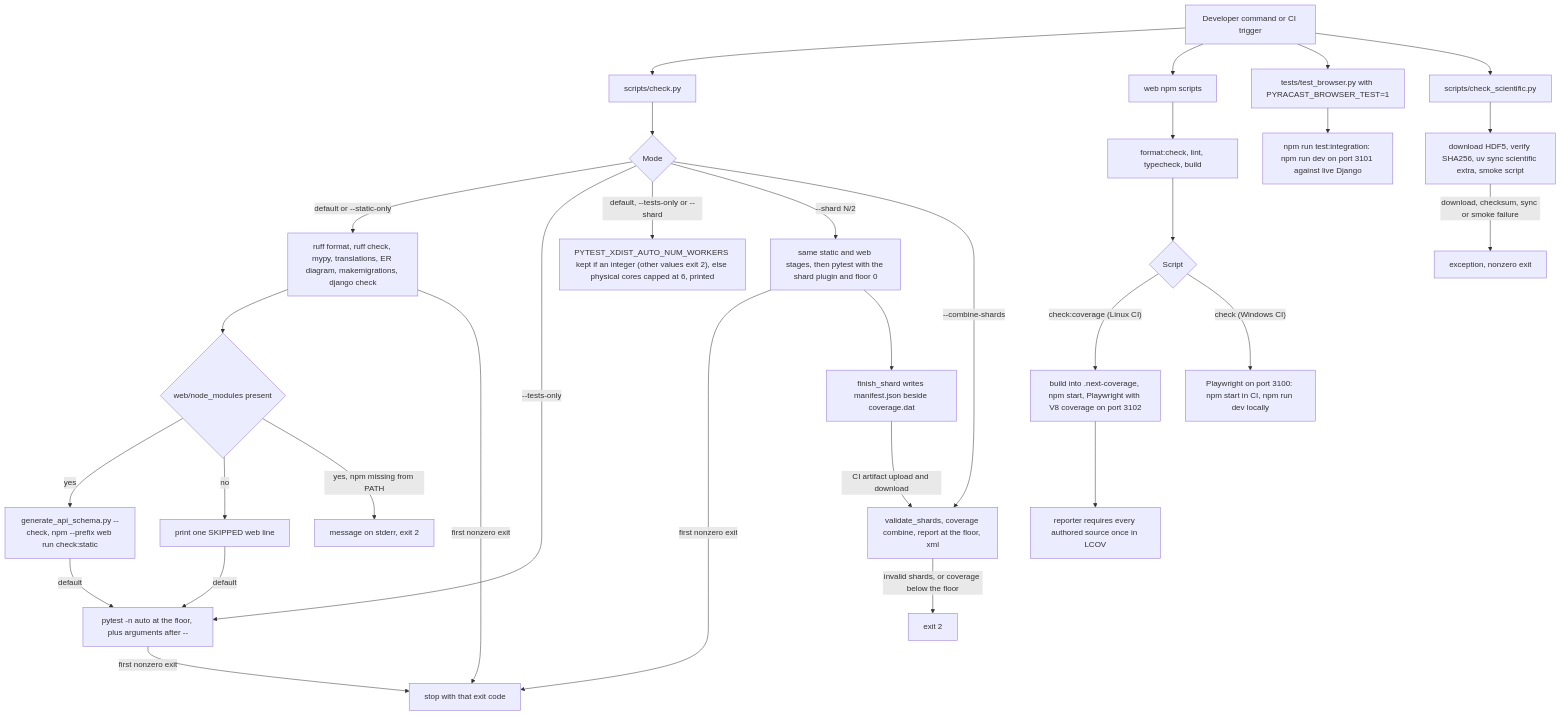
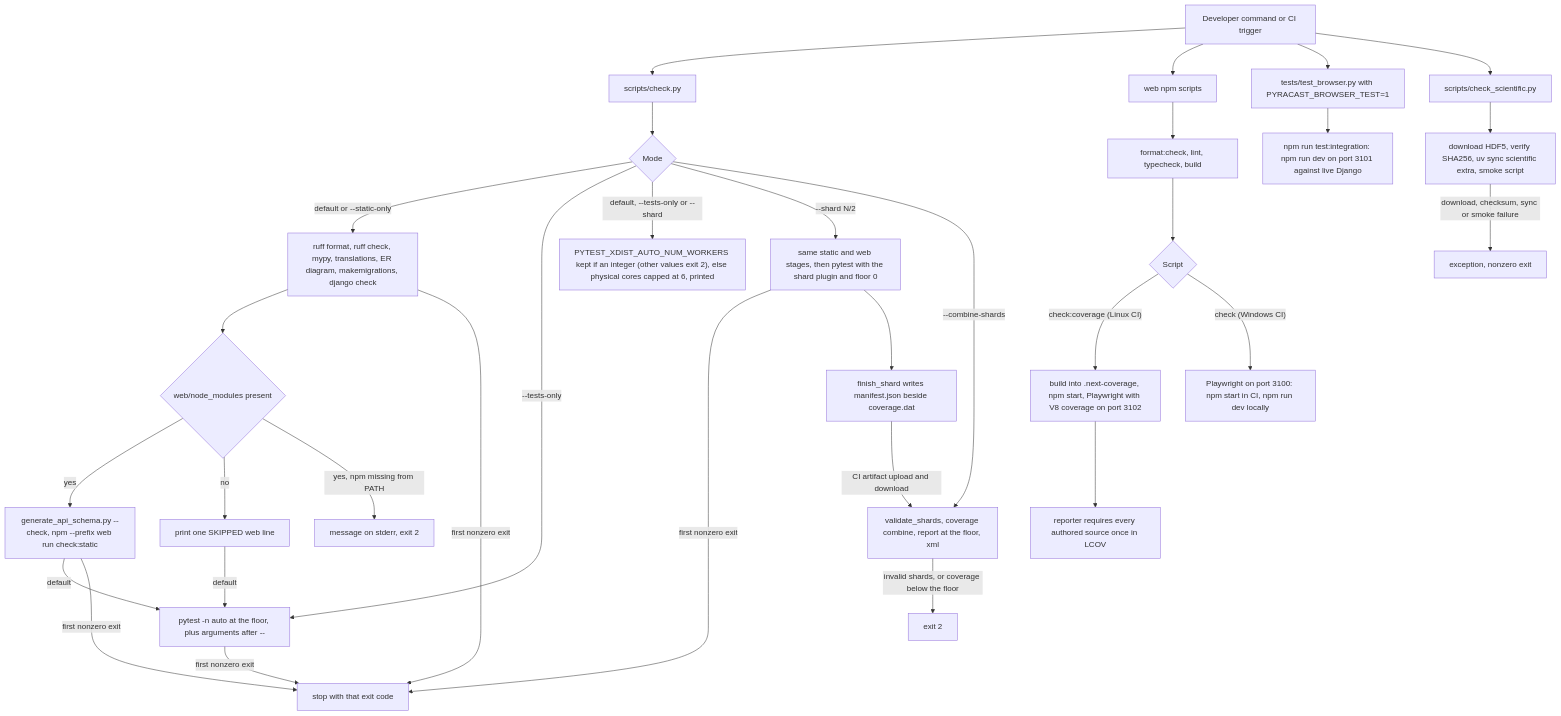
One commit to erkurtharun/pyracast changed the diagram in docs/flows/developer-quality-gate.md. Above: the diagram before and after it, drawn with Mermaid. The commit also changed other lines of this file and 10 other files, not shown here.

First line of the commit message:
Report missing or unparsable committed schema files as stale and derive cookie pins from production settings

````diff
--- a/docs/flows/developer-quality-gate.md
+++ b/docs/flows/developer-quality-gate.md
@@ -16,33 +16,34 @@
 ```mermaid
 flowchart TD
     trig["Developer command or CI trigger"] --> B["scripts/check.py"]
     trig --> W["web npm scripts"]
     trig --> BR["tests/test_browser.py with PYRACAST_BROWSER_TEST=1"]
     trig --> S["scripts/check_scientific.py"]
     B --> M{"Mode"}
     M -->|"default or --static-only"| F["ruff format, ruff check, mypy, translations, ER diagram, makemigrations, django check"]
     F --> WS{"web/node_modules present"}
     WS -->|"yes"| WG["generate_api_schema.py --check, npm --prefix web run check:static"]
     WS -->|"no"| SK["print one SKIPPED web line"]
     WS -->|"yes, npm missing from PATH"| X3["message on stderr, exit 2"]
     WG -->|"default"| P["pytest -n auto at the floor, plus arguments after --"]
     SK -->|"default"| P
     M -->|"--tests-only"| P
     M -->|"default, --tests-only or --shard"| N["PYTEST_XDIST_AUTO_NUM_WORKERS kept if an integer (other values exit 2), else physical cores capped at 6, printed"]
     M -->|"--shard N/2"| H["same static and web stages, then pytest with the shard plugin and floor 0"]
     P -->|"first nonzero exit"| X
     M -->|"--combine-shards"| C["validate_shards, coverage combine, report at the floor, xml"]
     F -->|"first nonzero exit"| X["stop with that exit code"]
+    WG -->|"first nonzero exit"| X
     H -->|"first nonzero exit"| X
     H --> K["finish_shard writes manifest.json beside coverage.dat"]
     K -->|"CI artifact upload and download"| C
     C -->|"invalid shards, or coverage below the floor"| X2["exit 2"]
     W --> V["format:check, lint, typecheck, build"]
     V --> R{"Script"}
     R -->|"check:coverage (Linux CI)"| TC["build into .next-coverage, npm start, Playwright with V8 coverage on port 3102"]
     R -->|"check (Windows CI)"| TN["Playwright on port 3100: npm start in CI, npm run dev locally"]
     TC --> LC["reporter requires every authored source once in LCOV"]
     BR --> I["npm run test:integration: npm run dev on port 3101 against live Django"]
     S --> D["download HDF5, verify SHA256, uv sync scientific extra, smoke script"]
     D -->|"download, checksum, sync or smoke failure"| E["exception, nonzero exit"]
 ```
````
